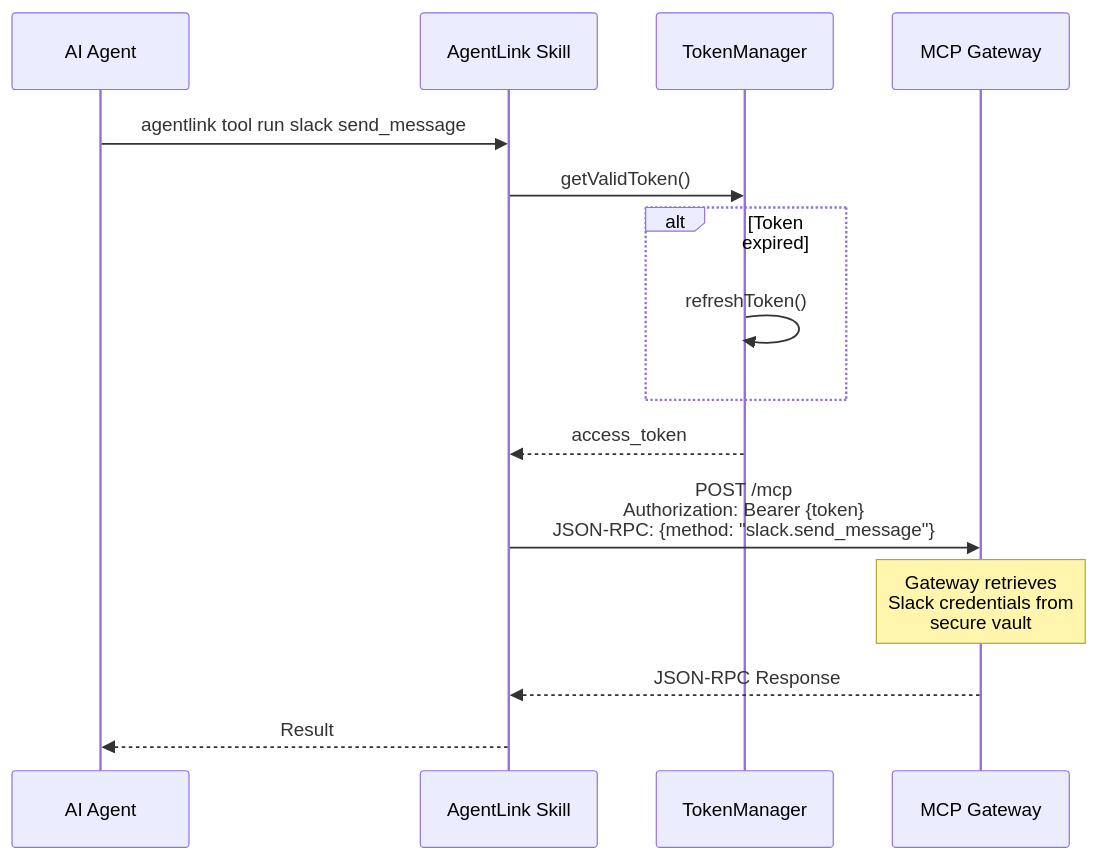
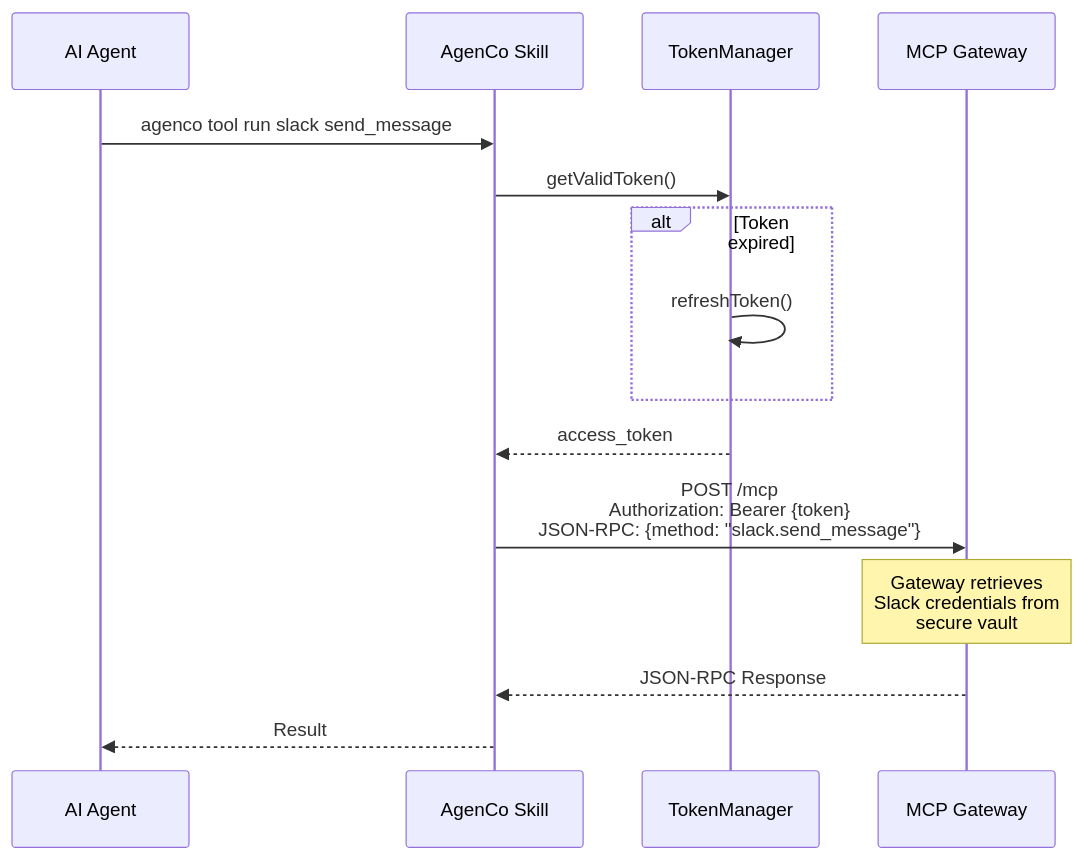
One commit to agen-co/agenshield changed the ninth of 12 diagrams in ARCHITECTURE.md. Above: the diagram before and after it, drawn with Mermaid. The commit also changed other lines of this file and 235 other files, not shown here.

Commit message:
Refactor AgentLink to AgenCo; update related components and schemas, enhance filesystem policy support

````diff
--- a/ARCHITECTURE.md
+++ b/ARCHITECTURE.md
@@ -511,25 +511,25 @@
 ```mermaid
 sequenceDiagram
     participant Agent as AI Agent
-    participant Skill as AgentLink Skill
+    participant Skill as AgenCo Skill
     participant TokenMgr as TokenManager
     participant Gateway as MCP Gateway
 
-    Agent->>Skill: agentlink tool run slack send_message
+    Agent->>Skill: agenco tool run slack send_message
 
     Skill->>TokenMgr: getValidToken()
 
     alt Token expired
         TokenMgr->>TokenMgr: refreshToken()
     end
 
     TokenMgr-->>Skill: access_token
 
     Skill->>Gateway: POST /mcp<br/>Authorization: Bearer {token}<br/>JSON-RPC: {method: "slack.send_message"}
 
     Note over Gateway: Gateway retrieves<br/>Slack credentials from<br/>secure vault
 
     Gateway-->>Skill: JSON-RPC Response
 
     Skill-->>Agent: Result
 ```
````
